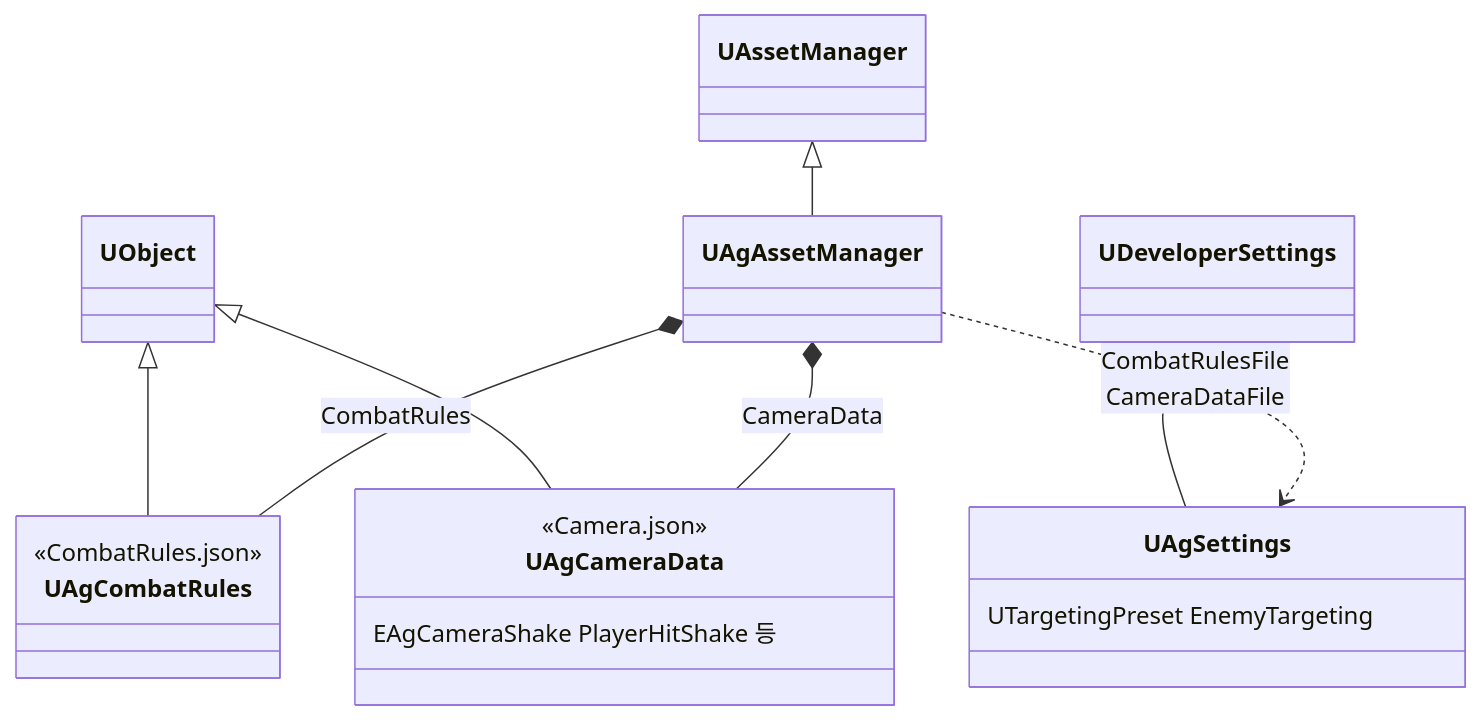
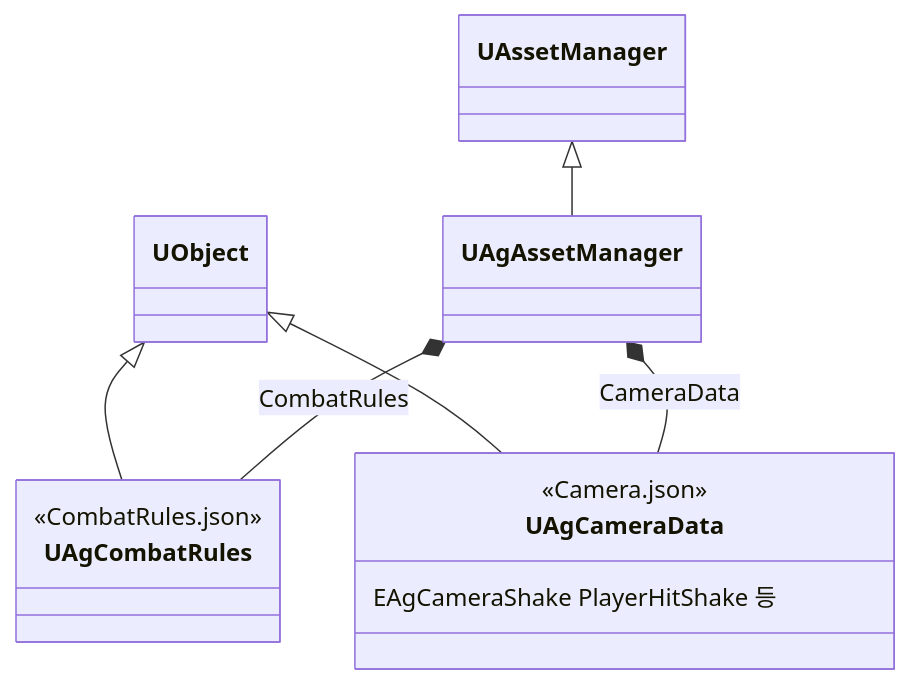
Before and after one commit to Woogl/Ag: diagram 13 of 21 in Docs/Program/클래스 구조도.md, drawn with Mermaid. The commit also changed other lines of this file and 30 other files, not shown here.

Commit message:
구현: UAgSettings를 없애고 방어 상수를 CombatRules.json으로

````diff
--- a/Docs/Program/클래스 구조도.md
+++ b/Docs/Program/클래스 구조도.md
@@ -553,21 +552,16 @@
 ```mermaid
 classDiagram
     direction TB
-    class UAgSettings {
-        UTargetingPreset EnemyTargeting
-    }
     class UAgCombatRules {
         <<CombatRules.json>>
     }
     class UAgCameraData {
         <<Camera.json>>
         EAgCameraShake PlayerHitShake 등
     }
     UAssetManager <|-- UAgAssetManager
-    UDeveloperSettings <|-- UAgSettings
     UObject <|-- UAgCombatRules
     UObject <|-- UAgCameraData
     UAgAssetManager *-- UAgCombatRules : CombatRules
     UAgAssetManager *-- UAgCameraData : CameraData
-    UAgAssetManager ..> UAgSettings : CombatRulesFile<br>CameraDataFile
 ```
````
